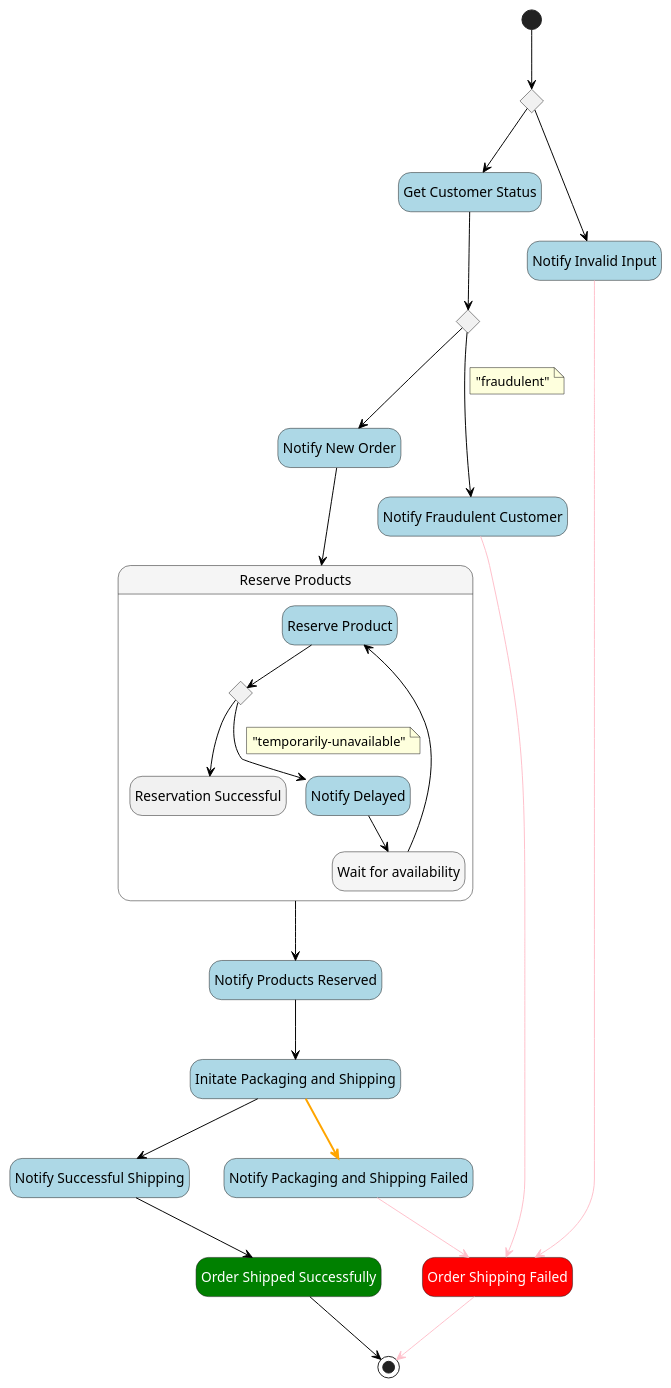
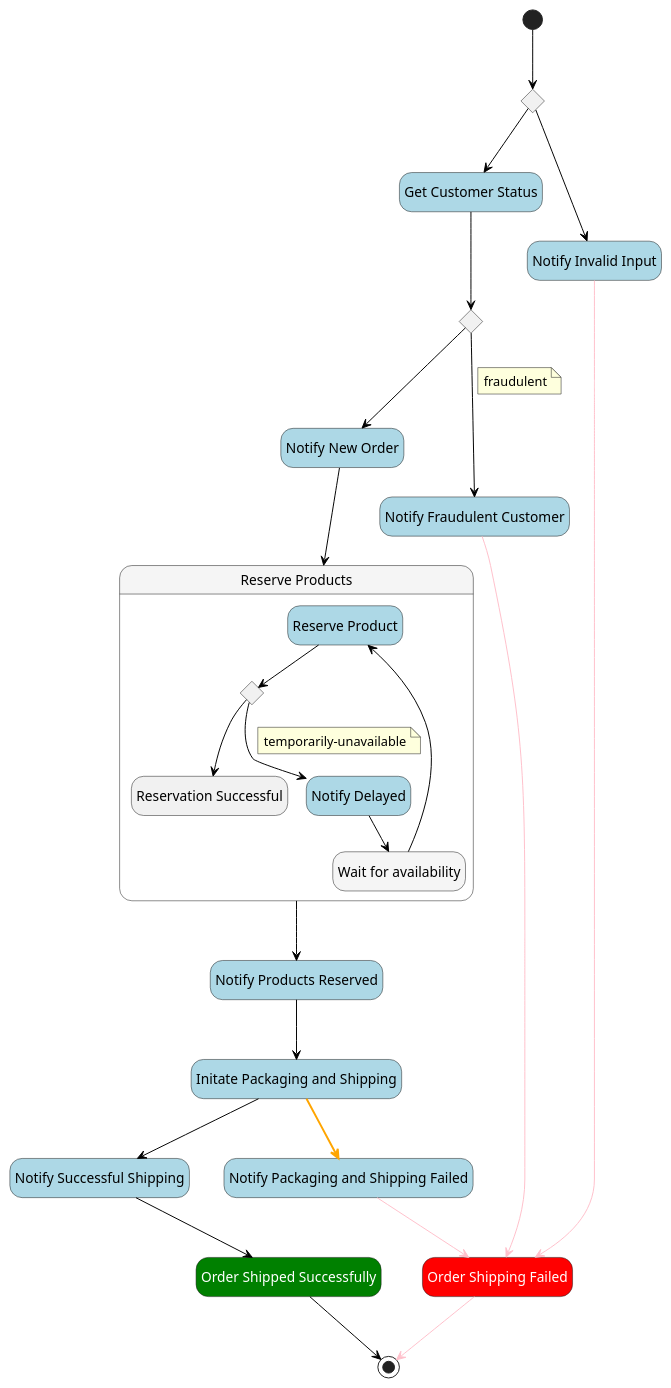
The diagram in src/__tests__/pumls/aws-example-ship-order.asl.puml (massfords/asl-puml), drawn with PlantUML before and after one commit. The commit also changed 1 other file, not shown here.

```diff
--- a/src/__tests__/pumls/aws-example-ship-order.asl.puml
+++ b/src/__tests__/pumls/aws-example-ship-order.asl.puml
@@ -1,71 +1,71 @@
 @startuml
 hide empty description
 skinparam ArrowColor #black
 skinparam state {
 
     BackgroundColor<<Choice>> #whitesmoke
     FontColor<<Choice>> automatic
 
     BackgroundColor<<aslFail>> #red
     FontColor<<aslFail>> automatic
 
     BackgroundColor<<aslMap>> #whitesmoke
 
     BackgroundColor<<aslSucceed>> #green
     FontColor<<aslSucceed>> automatic
 
     BackgroundColor<<aslTask>> #lightblue
     FontColor<<aslTask>> automatic
 
     BackgroundColor<<aslWait>> #whitesmoke
     FontColor<<aslWait>> automatic
     BackgroundColor<<Compensate>> #orange
 }
 state "Validate Input" as state1<<Choice>>
 state "Get Customer Status" as state2<<aslTask>>
 state "Do Fraud Check" as state3<<Choice>>
 state "Notify New Order" as state4<<aslTask>>
 state "Reserve Products" as state5<<aslMap>> {
 state "Reserve Product" as state14<<aslTask>>
 state "Choice" as state15<<Choice>>
 state "Reservation Successful" as state16<<aslSucceedLocal>>
 state "Notify Delayed" as state17<<aslTask>>
 state "Wait for availability" as state18<<aslWait>>
 }
 state "Notify Products Reserved" as state6<<aslTask>>
 state "Initate Packaging and Shipping" as state7<<aslTask>>
 state "Notify Successful Shipping" as state8<<aslTask>>
 state "Notify Packaging and Shipping Failed" as state9<<aslTask>>
 state "Notify Fraudulent Customer" as state10<<aslTask>>
 state "Order Shipping Failed" as state11<<aslFail>>
 state "Order Shipped Successfully" as state12<<aslSucceed>>
 state "Notify Invalid Input" as state13<<aslTask>>
 [*] --> state1
 state1 --> state13
 state1 --> state2
 state2 --> state3
 state3 --> state10
 note on link
-"fraudulent"
+fraudulent
 end note
 state3 --> state4
 state4 --> state5
 state5 --> state6
 state6 --> state7
 state7 --> state8
 state7 -[bold,#orange]-> state9
 state8 --> state12
 state9 -[#pink]-> state11
 state10 -[#pink]-> state11
 state11 -[#pink]-> [*]
 state12 --> [*]
 state13 -[#pink]-> state11
 state14 --> state15
 state15 --> state17
 note on link
-"temporarily-unavailable"
+temporarily-unavailable
 end note
 state15 --> state16
 state17 --> state18
 state18 --> state14
 @enduml
```
